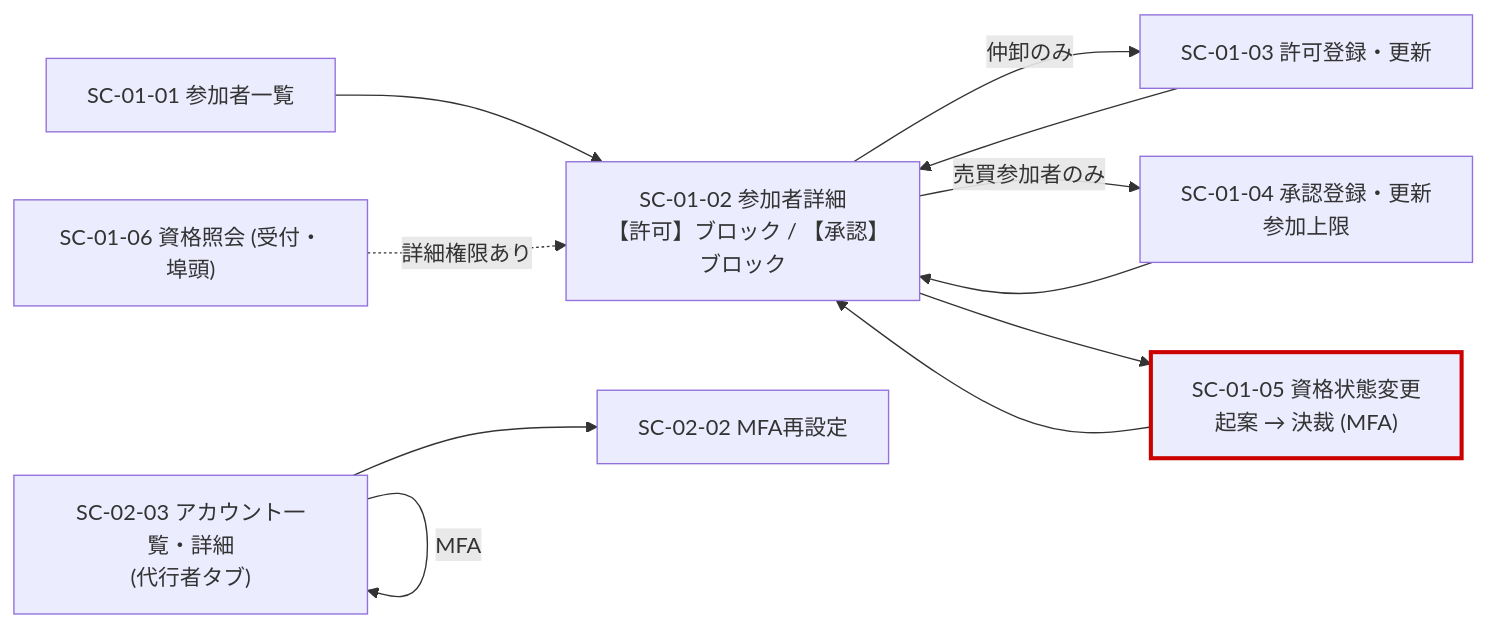
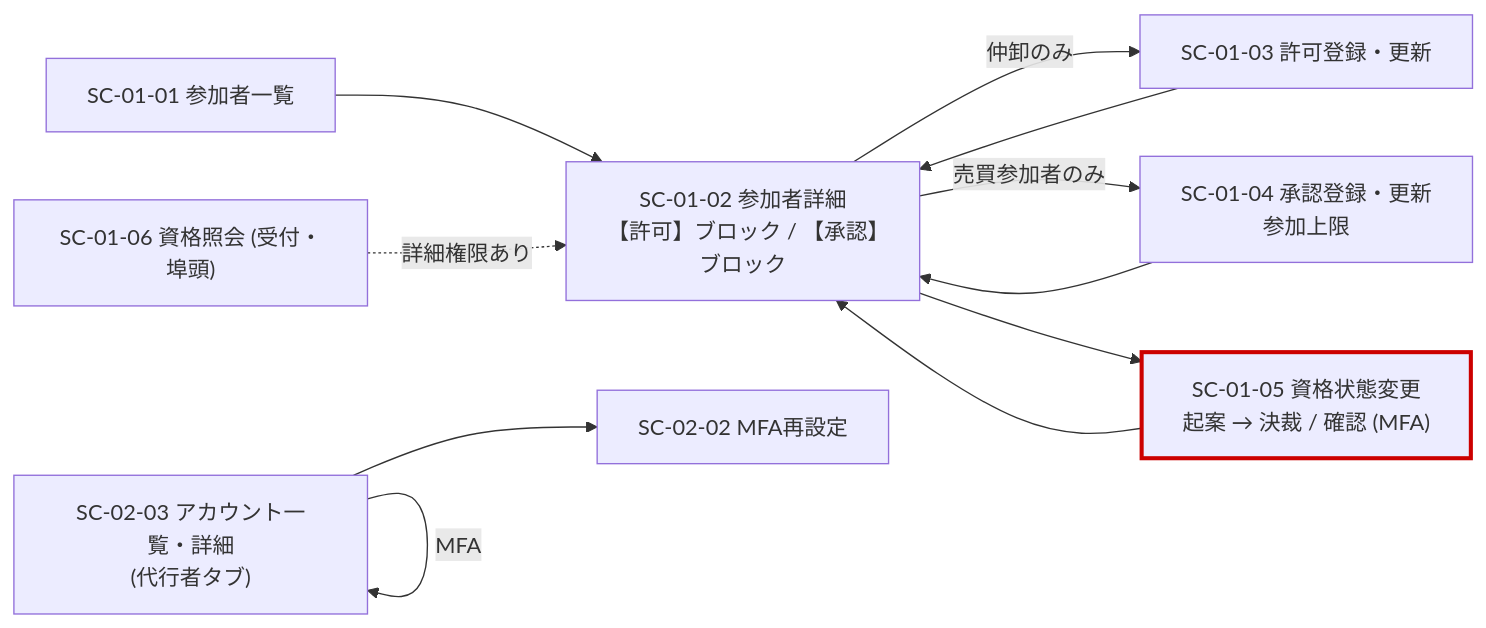
The third of 10 diagrams in wireframes/SCREEN-LIST.md (phuongnnm-23344/lab-wholesale-market), drawn with Mermaid before and after one commit. The commit also changed other lines of this file and 16 other files, not shown here.

````diff
--- a/wireframes/SCREEN-LIST.md
+++ b/wireframes/SCREEN-LIST.md
@@ -254,11 +254,13 @@
 ```mermaid
 flowchart LR
   L1["SC-01-01 参加者一覧"] --> D["SC-01-02 参加者詳細<br/>【許可】ブロック / 【承認】ブロック"]
   D -->|仲卸のみ| K["SC-01-03 許可登録・更新"] --> D
   D -->|売買参加者のみ| S["SC-01-04 承認登録・更新<br/>参加上限"] --> D
-  D --> Q["SC-01-05 資格状態変更<br/>起案 → 決裁 (MFA)"]:::human --> D
+  D --> Q["SC-01-05 資格状態変更<br/>起案 → 決裁 / 確認 (MFA)"]
+  Q --> D
+  class Q human
   T["SC-01-06 資格照会 (受付・埠頭)"] -.->|詳細権限あり| D
   A1["SC-02-03 アカウント一覧・詳細<br/>(代行者タブ)"] -->|MFA| A1
   A1 --> MF["SC-02-02 MFA再設定"]
   classDef human stroke:#c00,stroke-width:3px
 ```
````
